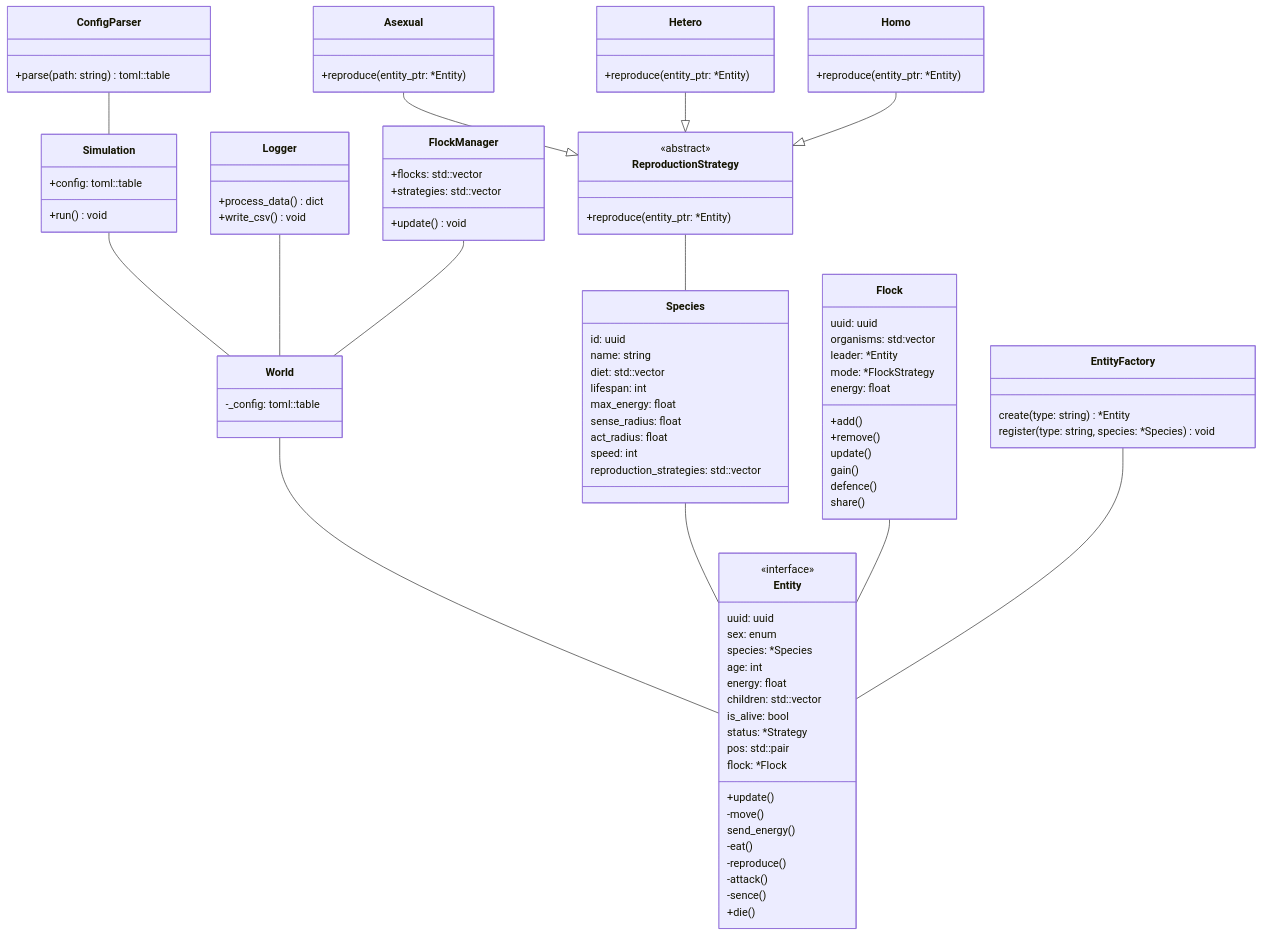
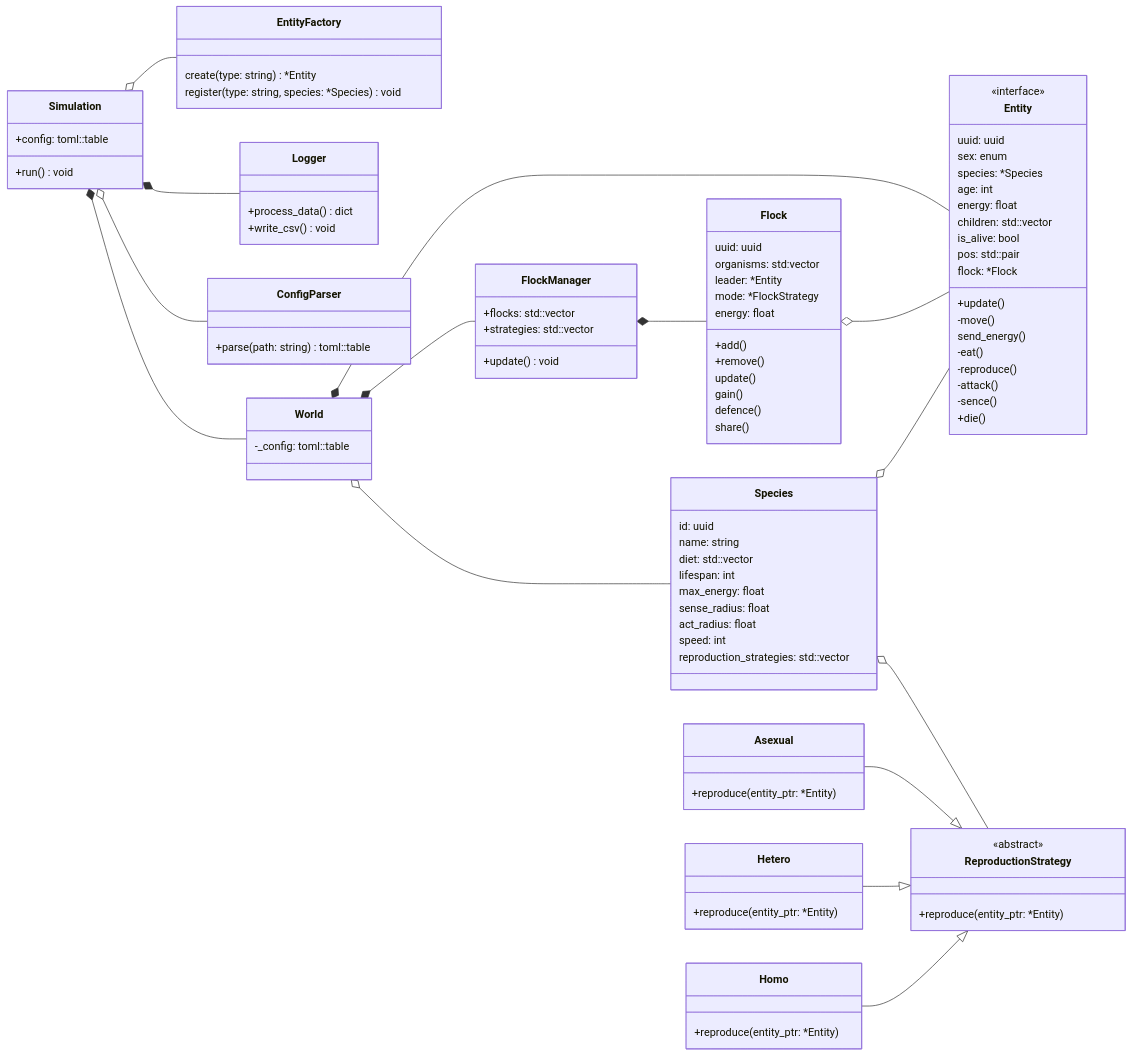
One commit to danilaloko/biocenozzz changed the diagram in scheme.mmd. Above: the diagram before and after it, drawn with Mermaid.

Commit message:
Изменить направление диаграммы классов на LR и обновить связи между классами, добавив новые связи для Simulation, World, и других классов. Также переместить определение класса Entity в новое место в файле.

```diff
--- a/scheme.mmd
+++ b/scheme.mmd
@@ -1,109 +1,110 @@
 classDiagram
-direction TB
+direction LR
     class Asexual {
 	    +reproduce(entity_ptr: *Entity)
     }
 
     class Homo {
 	    +reproduce(entity_ptr: *Entity)
     }
 
     class Hetero {
 	    +reproduce(entity_ptr: *Entity)
     }
 
     class ReproductionStrategy {
 	    +reproduce(entity_ptr: *Entity)
     }
 
     class EntityFactory {
 	    create(type: string) *Entity
 	    register(type: string, species: *Species) void
     }
 
     class Logger {
 	    +process_data() dict
 	    +write_csv() void
     }
 
     class ConfigParser {
 	    +parse(path: string) toml::table
     }
 
     class Simulation {
 	    +config: toml::table
 	    +run() void
     }
 
     class Species {
 	    id: uuid
 	    name: string
 	    diet: std::vector
 	    lifespan: int
 	    max_energy: float
 	    sense_radius: float
 	    act_radius: float
 	    speed: int
 	    reproduction_strategies: std::vector
     }
 
-    class Entity {
-	    uuid: uuid
-	    sex: enum
-	    species: *Species
-	    age: int
-	    energy: float
-	    children: std::vector
-	    is_alive: bool
-	    status: *Strategy
-	    pos: std::pair
-	    flock: *Flock
-	    +update()
-	    -move()
-	    send_energy()
-	    -eat()
-	    -reproduce()
-	    -attack()
-	    -sence()
-	    +die()
-    }
-
     class World {
 	    -_config: toml::table
     }
 
     class FlockManager {
 	    +flocks: std::vector
 	    +strategies: std::vector
 	    +update() void
     }
 
     class Flock {
 	    uuid: uuid
 	    organisms: std:vector
 	    leader: *Entity
 	    mode: *FlockStrategy
 	    energy: float
 	    +add()
 	    +remove()
 	    update()
 	    gain()
 	    defence()
 	    share()
     }
 
+    class Entity {
+	    uuid: uuid
+	    sex: enum
+	    species: *Species
+	    age: int
+	    energy: float
+	    children: std::vector
+	    is_alive: bool
+	    pos: std::pair
+	    flock: *Flock
+	    +update()
+	    -move()
+	    send_energy()
+	    -eat()
+	    -reproduce()
+	    -attack()
+	    -sence()
+	    +die()
+    }
+
 	<<abstract>> ReproductionStrategy
 	<<interface>> Entity
 
-    Simulation -- World
-    World -- Entity
+    Simulation *-- World
+    Simulation *-- Logger
+    Simulation o-- EntityFactory
+    Simulation o-- ConfigParser
+    World *-- Entity
+    World *-- FlockManager
+    World o-- Species
+    FlockManager *-- Flock
+    Flock o-- Entity
+    Species o-- Entity
+    Species o-- ReproductionStrategy
     Asexual --|> ReproductionStrategy
     Hetero --|> ReproductionStrategy
     Homo --|> ReproductionStrategy
-    Species -- Entity
-    Flock -- Entity
-    EntityFactory -- Entity
-    ReproductionStrategy -- Species
-    Logger -- World
-    ConfigParser -- Simulation
-    FlockManager -- World
```
